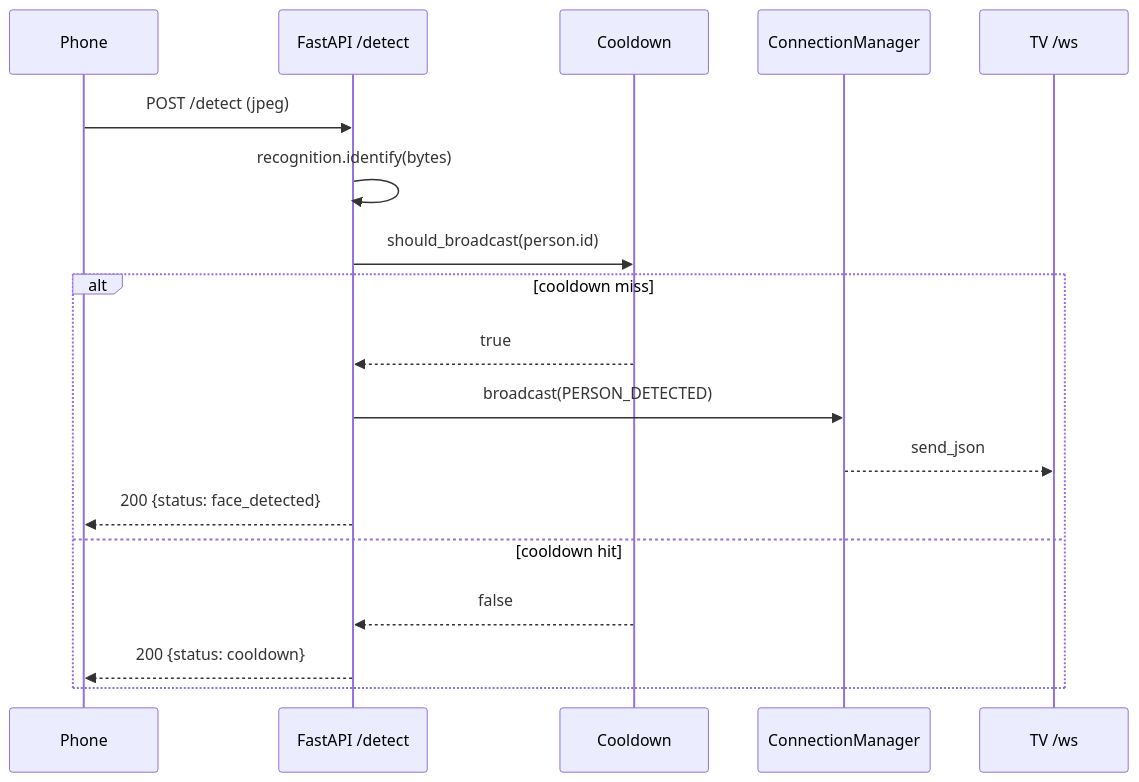
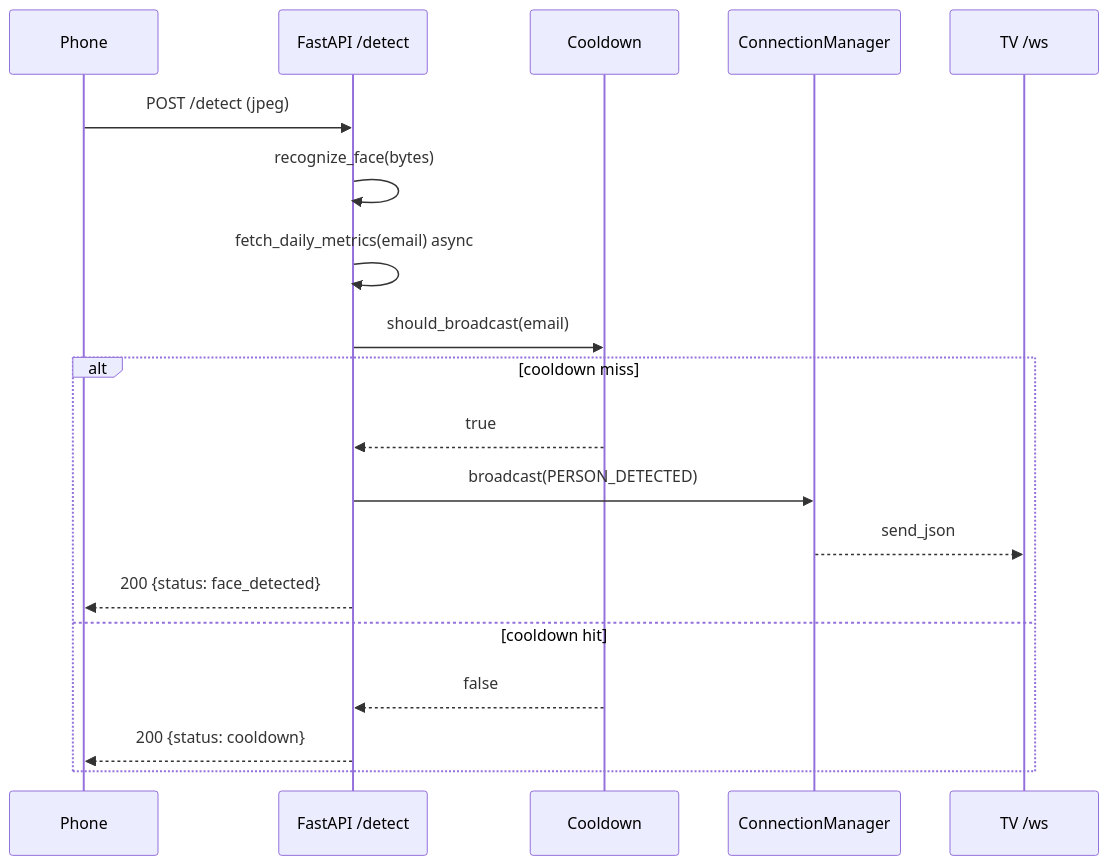
One commit to karanoza-yorkie/cursor-leaderboard changed the second of 2 diagrams in docs/face-detection.md. Above: the diagram before and after it, drawn with Mermaid. The commit also changed other lines of this file and 12 other files, not shown here.

First line of the commit message:
face_detection_feature: wire daily-activity API into face detections and TV metrics overlay

````diff
--- a/docs/face-detection.md
+++ b/docs/face-detection.md
@@ -55,21 +64,22 @@
 ```mermaid
 sequenceDiagram
     participant P as Phone
     participant B as FastAPI /detect
     participant C as Cooldown
     participant M as ConnectionManager
     participant T as TV /ws
 
     P->>B: POST /detect (jpeg)
-    B->>B: recognition.identify(bytes)
-    B->>C: should_broadcast(person.id)
+    B->>B: recognize_face(bytes)
+    B->>B: fetch_daily_metrics(email) async
+    B->>C: should_broadcast(email)
     alt cooldown miss
         C-->>B: true
         B->>M: broadcast(PERSON_DETECTED)
         M-->>T: send_json
         B-->>P: 200 {status: face_detected}
     else cooldown hit
         C-->>B: false
         B-->>P: 200 {status: cooldown}
     end
 ```
````
